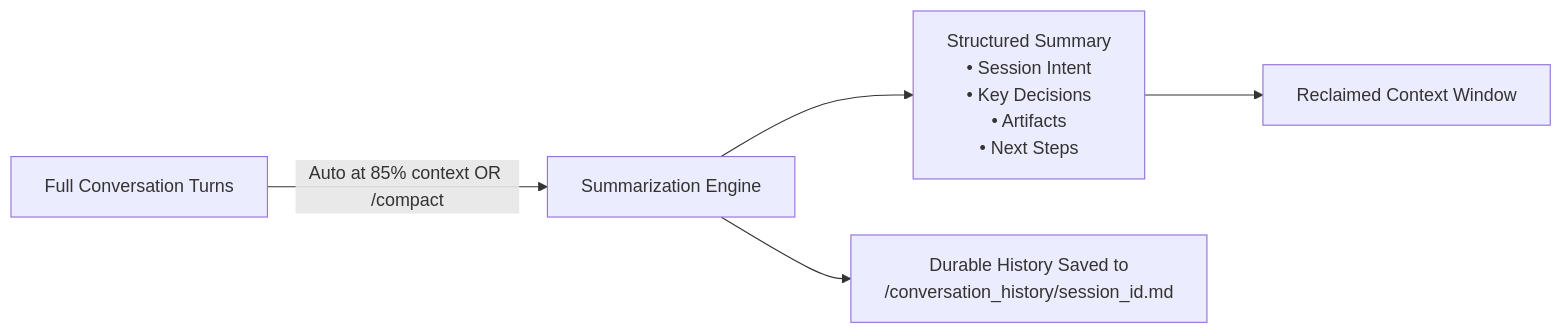
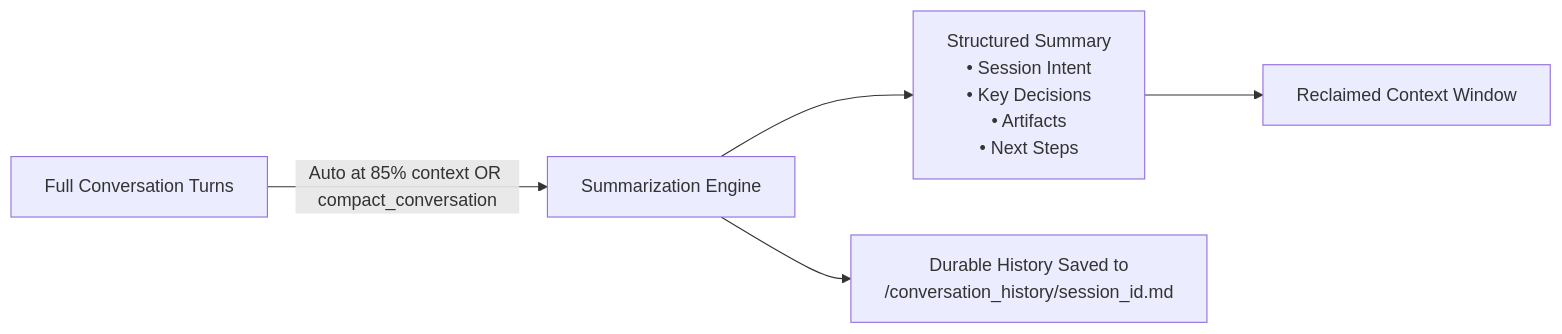
Before and after one commit to arrase/ollama-agent: the first of 3 diagrams in README.md, drawn with Mermaid. The commit also changed other lines of this file and 30 other files, not shown here.

````diff
--- a/README.md
+++ b/README.md
@@ -317,7 +316,7 @@
 ```mermaid
 flowchart LR
-    A[Full Conversation Turns] -->|Auto at 85% context OR /compact| B[Summarization Engine]
+    A[Full Conversation Turns] -->|Auto at 85% context OR compact_conversation| B[Summarization Engine]
     B --> C[Structured Summary\n• Session Intent\n• Key Decisions\n• Artifacts\n• Next Steps]
     B --> D[Durable History Saved to\n/conversation_history/session_id.md]
     C --> E[Reclaimed Context Window]
 ```
````
